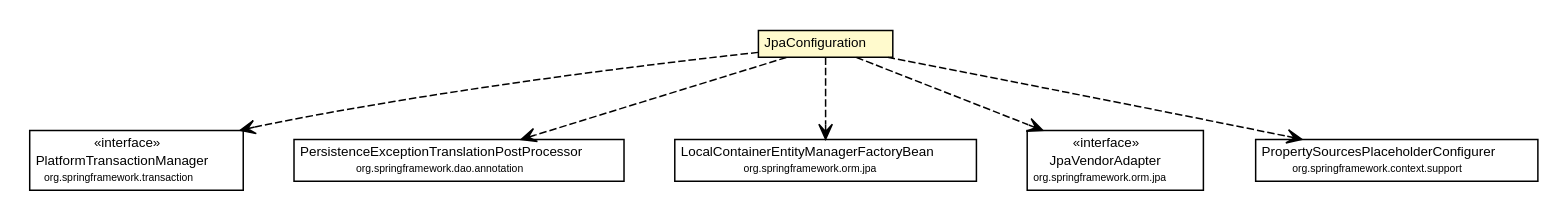
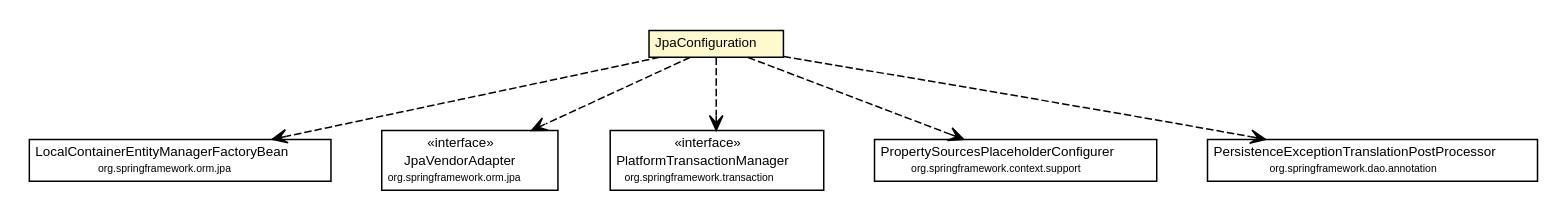
The diagram in docs/javadoc/apidocs/net/ljcomputing/sr/config/JpaConfiguration.dot (willmorejg/net.ljcomputing.status-reporter), drawn with Graphviz before and after one commit. The commit also changed 198 other files, not shown here.

```diff
--- a/docs/javadoc/apidocs/net/ljcomputing/sr/config/JpaConfiguration.dot
+++ b/docs/javadoc/apidocs/net/ljcomputing/sr/config/JpaConfiguration.dot
@@ -1,65 +1,65 @@
 #!/usr/local/bin/dot
 #
 # Class diagram 
 # Generated by UMLGraph version R5_6-24-gf6e263 (http://www.umlgraph.org/)
 #
 
 digraph G {
 	edge [fontname="Helvetica",fontsize=10,labelfontname="Helvetica",labelfontsize=10];
 	node [fontname="Helvetica",fontsize=10,shape=plaintext];
 	nodesep=0.25;
 	ranksep=0.5;
 	// net.ljcomputing.sr.config.JpaConfiguration
 	c2126 [label=<<table title="net.ljcomputing.sr.config.JpaConfiguration" border="0" cellborder="1" cellspacing="0" cellpadding="2" port="p" bgcolor="lemonChiffon" href="./JpaConfiguration.html">
 		<tr><td><table border="0" cellspacing="0" cellpadding="1">
 <tr><td align="center" balign="center"> JpaConfiguration </td></tr>
 		</table></td></tr>
 		</table>>, URL="./JpaConfiguration.html", fontname="Helvetica", fontcolor="black", fontsize=9.0];
+	// net.ljcomputing.sr.config.JpaConfiguration DEPEND org.springframework.orm.jpa.LocalContainerEntityManagerFactoryBean
+	c2126:p -> c2142:p [taillabel="", label="", headlabel="", fontname="Helvetica", fontcolor="black", fontsize=10.0, color="black", arrowhead=open, style=dashed];
+	// net.ljcomputing.sr.config.JpaConfiguration DEPEND org.springframework.orm.jpa.JpaVendorAdapter
+	c2126:p -> c2144:p [taillabel="", label="", headlabel="", fontname="Helvetica", fontcolor="black", fontsize=10.0, color="black", arrowhead=open, style=dashed];
 	// net.ljcomputing.sr.config.JpaConfiguration DEPEND org.springframework.transaction.PlatformTransactionManager
-	c2126:p -> c2131:p [taillabel="", label="", headlabel="", fontname="Helvetica", fontcolor="black", fontsize=10.0, color="black", arrowhead=open, style=dashed];
+	c2126:p -> c2145:p [taillabel="", label="", headlabel="", fontname="Helvetica", fontcolor="black", fontsize=10.0, color="black", arrowhead=open, style=dashed];
+	// net.ljcomputing.sr.config.JpaConfiguration DEPEND org.springframework.context.support.PropertySourcesPlaceholderConfigurer
+	c2126:p -> c2153:p [taillabel="", label="", headlabel="", fontname="Helvetica", fontcolor="black", fontsize=10.0, color="black", arrowhead=open, style=dashed];
 	// net.ljcomputing.sr.config.JpaConfiguration DEPEND org.springframework.dao.annotation.PersistenceExceptionTranslationPostProcessor
-	c2126:p -> c2135:p [taillabel="", label="", headlabel="", fontname="Helvetica", fontcolor="black", fontsize=10.0, color="black", arrowhead=open, style=dashed];
-	// net.ljcomputing.sr.config.JpaConfiguration DEPEND org.springframework.orm.jpa.LocalContainerEntityManagerFactoryBean
-	c2126:p -> c2147:p [taillabel="", label="", headlabel="", fontname="Helvetica", fontcolor="black", fontsize=10.0, color="black", arrowhead=open, style=dashed];
-	// net.ljcomputing.sr.config.JpaConfiguration DEPEND org.springframework.orm.jpa.JpaVendorAdapter
-	c2126:p -> c2149:p [taillabel="", label="", headlabel="", fontname="Helvetica", fontcolor="black", fontsize=10.0, color="black", arrowhead=open, style=dashed];
-	// net.ljcomputing.sr.config.JpaConfiguration DEPEND org.springframework.context.support.PropertySourcesPlaceholderConfigurer
 	c2126:p -> c2157:p [taillabel="", label="", headlabel="", fontname="Helvetica", fontcolor="black", fontsize=10.0, color="black", arrowhead=open, style=dashed];
 	// org.springframework.orm.jpa.JpaVendorAdapter
-	c2149 [label=<<table title="org.springframework.orm.jpa.JpaVendorAdapter" border="0" cellborder="1" cellspacing="0" cellpadding="2" port="p">
+	c2144 [label=<<table title="org.springframework.orm.jpa.JpaVendorAdapter" border="0" cellborder="1" cellspacing="0" cellpadding="2" port="p">
 		<tr><td><table border="0" cellspacing="0" cellpadding="1">
 <tr><td align="center" balign="center"> &#171;interface&#187; </td></tr>
 <tr><td align="center" balign="center"> JpaVendorAdapter </td></tr>
 <tr><td align="center" balign="center"><font point-size="7.0"> org.springframework.orm.jpa </font></td></tr>
 		</table></td></tr>
 		</table>>, URL="null", fontname="Helvetica", fontcolor="black", fontsize=9.0];
 	// org.springframework.transaction.PlatformTransactionManager
-	c2131 [label=<<table title="org.springframework.transaction.PlatformTransactionManager" border="0" cellborder="1" cellspacing="0" cellpadding="2" port="p">
+	c2145 [label=<<table title="org.springframework.transaction.PlatformTransactionManager" border="0" cellborder="1" cellspacing="0" cellpadding="2" port="p">
 		<tr><td><table border="0" cellspacing="0" cellpadding="1">
 <tr><td align="center" balign="center"> &#171;interface&#187; </td></tr>
 <tr><td align="center" balign="center"> PlatformTransactionManager </td></tr>
 <tr><td align="center" balign="center"><font point-size="7.0"> org.springframework.transaction </font></td></tr>
 		</table></td></tr>
 		</table>>, URL="null", fontname="Helvetica", fontcolor="black", fontsize=9.0];
 	// org.springframework.dao.annotation.PersistenceExceptionTranslationPostProcessor
-	c2135 [label=<<table title="org.springframework.dao.annotation.PersistenceExceptionTranslationPostProcessor" border="0" cellborder="1" cellspacing="0" cellpadding="2" port="p">
+	c2157 [label=<<table title="org.springframework.dao.annotation.PersistenceExceptionTranslationPostProcessor" border="0" cellborder="1" cellspacing="0" cellpadding="2" port="p">
 		<tr><td><table border="0" cellspacing="0" cellpadding="1">
 <tr><td align="center" balign="center"> PersistenceExceptionTranslationPostProcessor </td></tr>
 <tr><td align="center" balign="center"><font point-size="7.0"> org.springframework.dao.annotation </font></td></tr>
 		</table></td></tr>
 		</table>>, URL="null", fontname="Helvetica", fontcolor="black", fontsize=9.0];
 	// org.springframework.context.support.PropertySourcesPlaceholderConfigurer
-	c2157 [label=<<table title="org.springframework.context.support.PropertySourcesPlaceholderConfigurer" border="0" cellborder="1" cellspacing="0" cellpadding="2" port="p">
+	c2153 [label=<<table title="org.springframework.context.support.PropertySourcesPlaceholderConfigurer" border="0" cellborder="1" cellspacing="0" cellpadding="2" port="p">
 		<tr><td><table border="0" cellspacing="0" cellpadding="1">
 <tr><td align="center" balign="center"> PropertySourcesPlaceholderConfigurer </td></tr>
 <tr><td align="center" balign="center"><font point-size="7.0"> org.springframework.context.support </font></td></tr>
 		</table></td></tr>
 		</table>>, URL="null", fontname="Helvetica", fontcolor="black", fontsize=9.0];
 	// org.springframework.orm.jpa.LocalContainerEntityManagerFactoryBean
-	c2147 [label=<<table title="org.springframework.orm.jpa.LocalContainerEntityManagerFactoryBean" border="0" cellborder="1" cellspacing="0" cellpadding="2" port="p">
+	c2142 [label=<<table title="org.springframework.orm.jpa.LocalContainerEntityManagerFactoryBean" border="0" cellborder="1" cellspacing="0" cellpadding="2" port="p">
 		<tr><td><table border="0" cellspacing="0" cellpadding="1">
 <tr><td align="center" balign="center"> LocalContainerEntityManagerFactoryBean </td></tr>
 <tr><td align="center" balign="center"><font point-size="7.0"> org.springframework.orm.jpa </font></td></tr>
 		</table></td></tr>
 		</table>>, URL="null", fontname="Helvetica", fontcolor="black", fontsize=9.0];
 }
```
